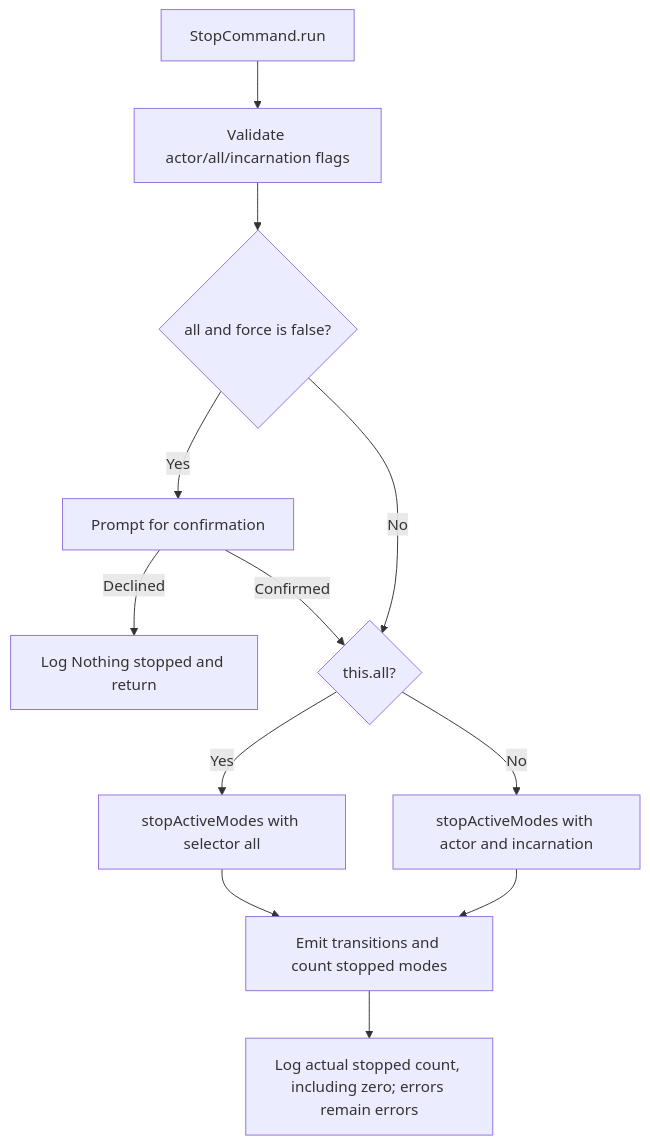
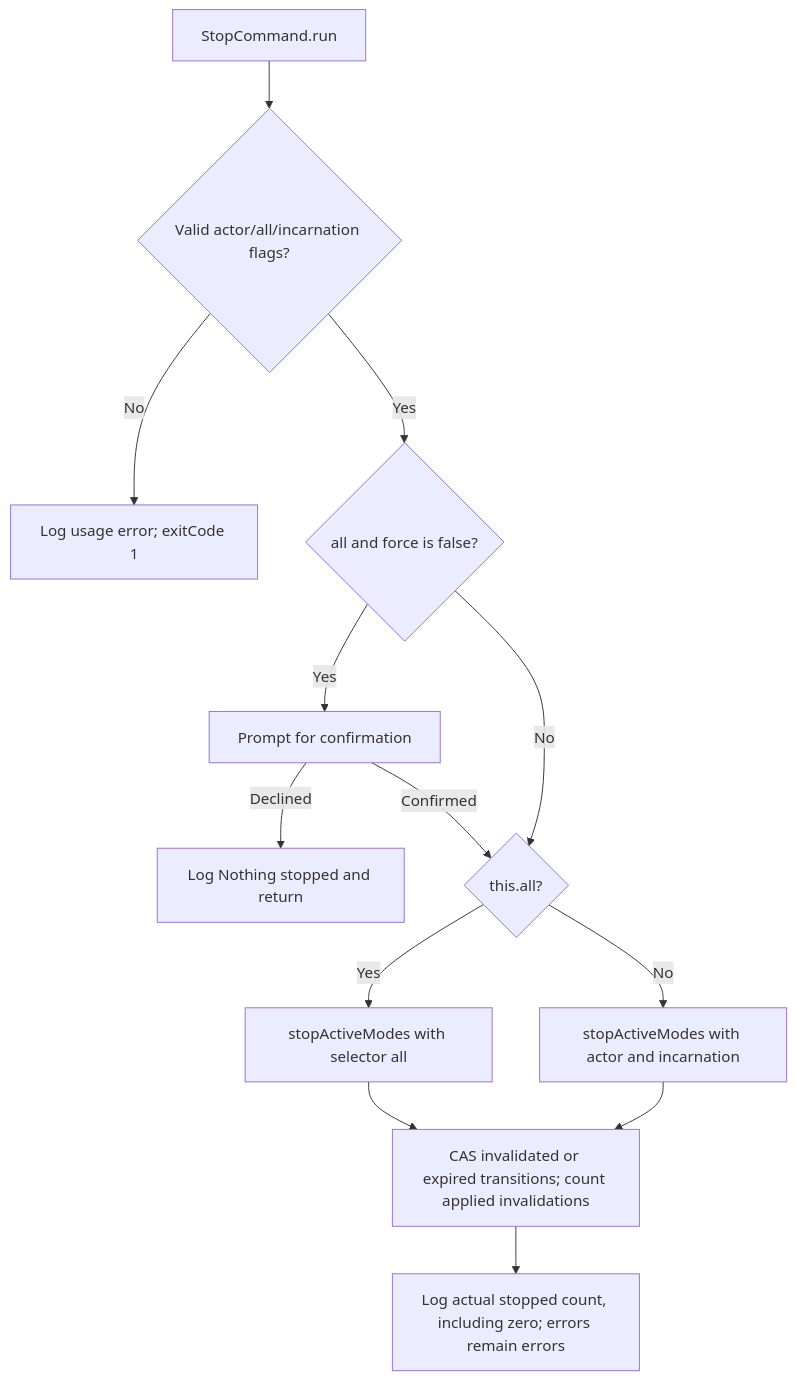
One commit to Kevinjohn/oss-adonisjs-masquerade changed the second of 2 diagrams in user-stories/expire-retain-modes/us-ops-04-revoke-active-modes.md. Above: the diagram before and after it, drawn with Mermaid. The commit also changed other lines of this file and 26 other files, not shown here.

````diff
--- a/user-stories/expire-retain-modes/us-ops-04-revoke-active-modes.md
+++ b/user-stories/expire-retain-modes/us-ops-04-revoke-active-modes.md
@@ -45,14 +45,15 @@
 ```mermaid
 flowchart TD
-    A["StopCommand.run"] --> B["Validate actor/all/incarnation flags"]
-    B --> C{"all and force is false?"}
+    A["StopCommand.run"] --> B{"Valid actor/all/incarnation flags?"}
+    B -->|No| X["Log usage error; exitCode 1"]
+    B -->|Yes| C{"all and force is false?"}
     C -->|Yes| D["Prompt for confirmation"]
     D -->|Declined| E["Log Nothing stopped and return"]
     D -->|Confirmed| F{"this.all?"}
     C -->|No| F
     F -->|Yes| G["stopActiveModes with selector all"]
     F -->|No| H["stopActiveModes with actor and incarnation"]
-    G --> I["Emit transitions and count stopped modes"]
+    G --> I["CAS invalidated or expired transitions; count applied invalidations"]
     H --> I
     I --> J["Log actual stopped count, including zero; errors remain errors"]
 ```
````
